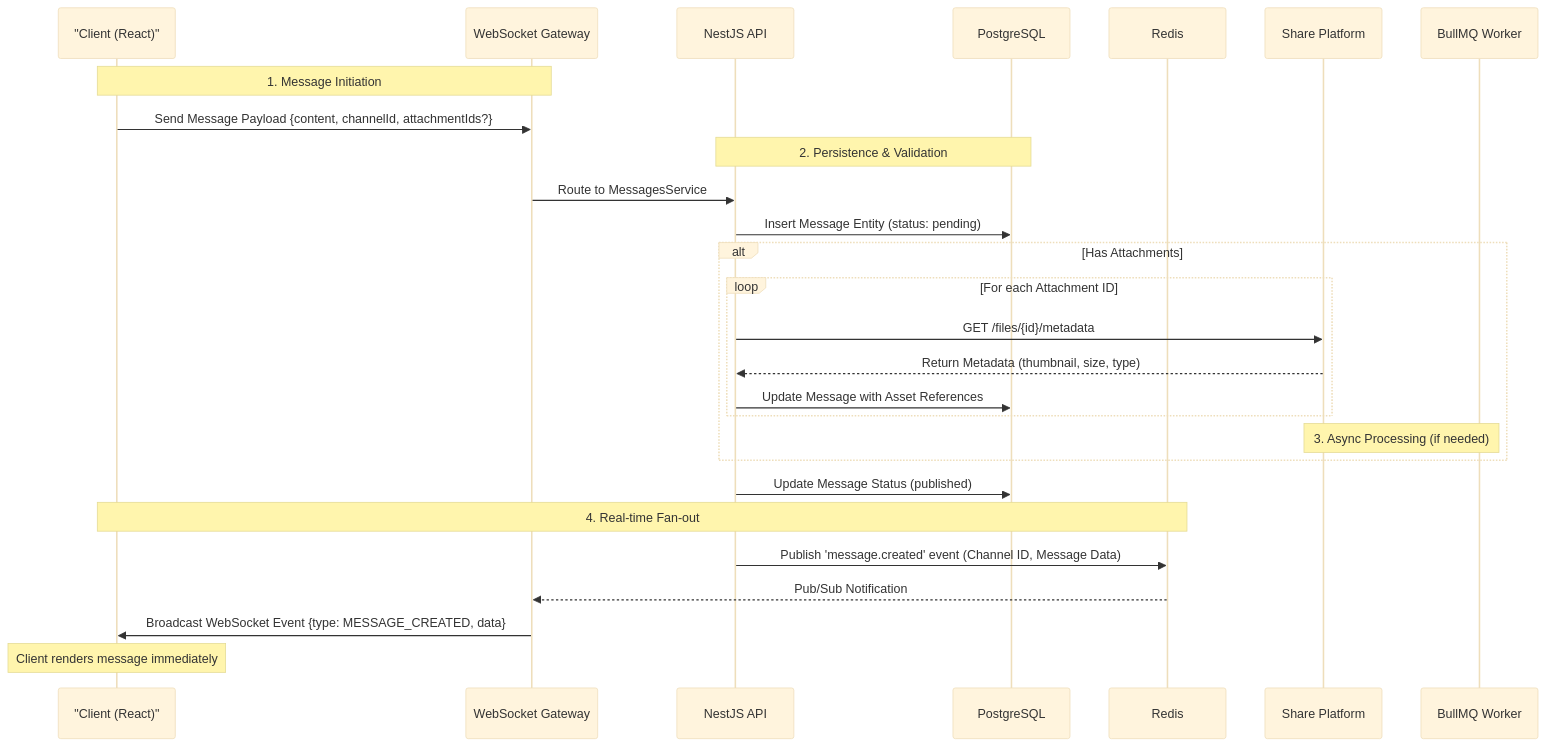
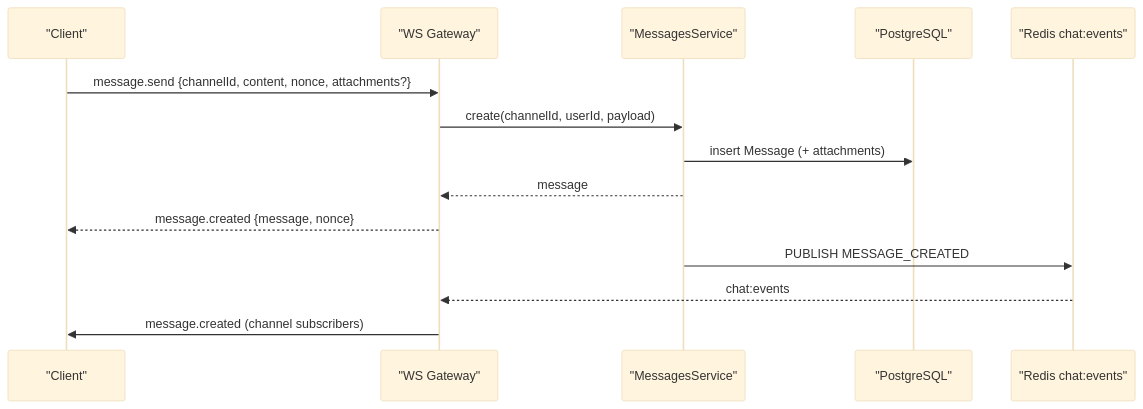
Before and after one commit to MinionEnjoyer/OpenChat: the second of 3 diagrams in docs/ARCHITECTURE.md, drawn with Mermaid (base theme). The commit also changed other lines of this file, not shown here.

First line of the commit message:
docs: rewrite ARCHITECTURE.md as-built (accurate to the real implementation)

````diff
--- a/docs/ARCHITECTURE.md
+++ b/docs/ARCHITECTURE.md
@@ -303,39 +165,16 @@
 ```mermaid
 sequenceDiagram
-    participant C as "Client (React)"
-    participant WS as WebSocket Gateway
-    participant API as NestJS API
-    participant DB as PostgreSQL
-    participant R as Redis
-    participant S as Share Platform
-    participant W as BullMQ Worker
-
-    Note over C,WS: 1. Message Initiation
-    C->>WS: Send Message Payload {content, channelId, attachmentIds?}
-    
-    Note over API,DB: 2. Persistence & Validation
-    WS->>API: Route to MessagesService
-    API->>DB: Insert Message Entity (status: pending)
-    
-    alt Has Attachments
-        loop For each Attachment ID
-            API->>S: GET /files/{id}/metadata
-            S-->>API: Return Metadata (thumbnail, size, type)
-            API->>DB: Update Message with Asset References
-        end
-        
-        Note over W,S: 3. Async Processing (if needed)
-        %% If Share upload was done by client directly to Share presigned URL,
-        %% this step is just for indexing or thumbnail caching if not immediate.
-        %% Assuming Client uploaded to Share via Presigned URL in parallel.
-    end
-
-    API->>DB: Update Message Status (published)
-    
-    Note over R,C: 4. Real-time Fan-out
-    API->>R: Publish 'message.created' event (Channel ID, Message Data)
-    R-->>WS: Pub/Sub Notification
-    WS->>C: Broadcast WebSocket Event {type: MESSAGE_CREATED, data}
-
-    Note over C: Client renders message immediately
+    participant C as "Client"
+    participant WS as "WS Gateway"
+    participant M as "MessagesService"
+    participant DB as "PostgreSQL"
+    participant R as "Redis chat:events"
+    C->>WS: message.send {channelId, content, nonce, attachments?}
+    WS->>M: create(channelId, userId, payload)
+    M->>DB: insert Message (+ attachments)
+    M-->>WS: message
+    WS-->>C: message.created {message, nonce}
+    M->>R: PUBLISH MESSAGE_CREATED
+    R-->>WS: chat:events
+    WS->>C: message.created (channel subscribers)
 ```
````
